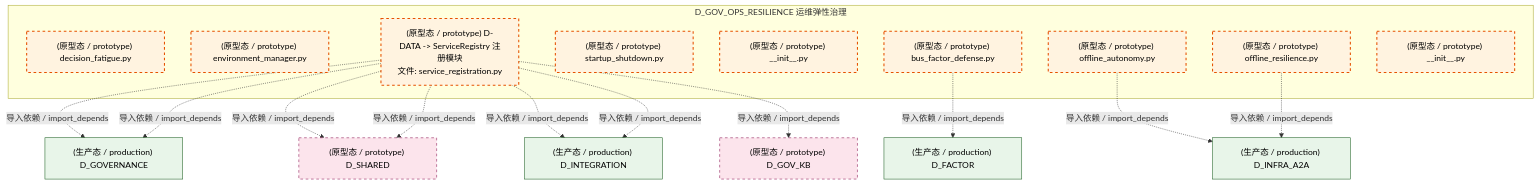
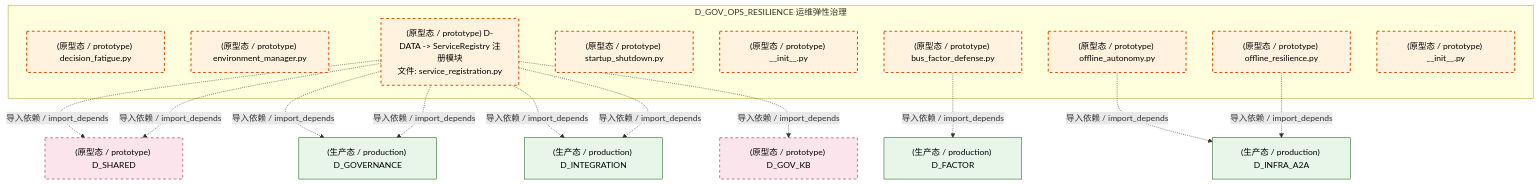
One commit to xuanFelixVan/ZephyrAlpha changed the fifth of 6 diagrams in docs/02_enterprise_architecture/02_domain_architecture_docs/17_d_gov_ops_resilience.md. Above: the diagram before and after it, drawn with Mermaid. The commit also changed other lines of this file and 101 other files, not shown here.

````diff
--- a/docs/02_enterprise_architecture/02_domain_architecture_docs/17_d_gov_ops_resilience.md
+++ b/docs/02_enterprise_architecture/02_domain_architecture_docs/17_d_gov_ops_resilience.md
@@ -572,37 +571,37 @@
 ```mermaid
 graph TD
     subgraph D_GOV_OPS_RESILIENCE["D_GOV_OPS_RESILIENCE 运维弹性治理"]
         src_zephyr_governance_ops_governance_decision_fatigue_py["(原型态 / prototype) decision_fatigue.py"]
         src_zephyr_governance_ops_governance_environment_manager_py["(原型态 / prototype) environment_manager.py"]
         src_zephyr_governance_ops_governance_service_registration_py["(原型态 / prototype) D-DATA -> ServiceRegistry 注册模块<br/>文件: service_registration.py"]
         src_zephyr_governance_ops_governance_startup_shutdown_py["(原型态 / prototype) startup_shutdown.py"]
         src_zephyr_governance_resilience_governance_init_py["(原型态 / prototype) __init__.py"]
         src_zephyr_governance_resilience_governance_bus_factor_defense_py["(原型态 / prototype) bus_factor_defense.py"]
         src_zephyr_governance_resilience_governance_offline_autonomy_py["(原型态 / prototype) offline_autonomy.py"]
         src_zephyr_governance_resilience_governance_offline_resilience_py["(原型态 / prototype) offline_resilience.py"]
         src_zephyr_governance_security_governance_init_py["(原型态 / prototype) __init__.py"]
     end
-    D_GOVERNANCE["(生产态 / production) D_GOVERNANCE"]
-    src_zephyr_governance_ops_governance_service_registration_py -.->|导入依赖 / import_depends| D_GOVERNANCE
     D_INFRA_A2A["(生产态 / production) D_INFRA_A2A"]
     src_zephyr_governance_resilience_governance_offline_autonomy_py -.->|导入依赖 / import_depends| D_INFRA_A2A
     D_SHARED["(原型态 / prototype) D_SHARED"]
     src_zephyr_governance_ops_governance_service_registration_py -.->|导入依赖 / import_depends| D_SHARED
+    D_GOVERNANCE["(生产态 / production) D_GOVERNANCE"]
+    src_zephyr_governance_ops_governance_service_registration_py -.->|导入依赖 / import_depends| D_GOVERNANCE
     src_zephyr_governance_ops_governance_service_registration_py -.->|导入依赖 / import_depends| D_GOVERNANCE
     src_zephyr_governance_resilience_governance_offline_resilience_py -.->|导入依赖 / import_depends| D_INFRA_A2A
     src_zephyr_governance_ops_governance_service_registration_py -.->|导入依赖 / import_depends| D_SHARED
     D_FACTOR["(生产态 / production) D_FACTOR"]
     src_zephyr_governance_resilience_governance_bus_factor_defense_py -.->|导入依赖 / import_depends| D_FACTOR
     D_INTEGRATION["(生产态 / production) D_INTEGRATION"]
     src_zephyr_governance_ops_governance_service_registration_py -.->|导入依赖 / import_depends| D_INTEGRATION
     src_zephyr_governance_ops_governance_service_registration_py -.->|导入依赖 / import_depends| D_INTEGRATION
     D_GOV_KB["(原型态 / prototype) D_GOV_KB"]
     src_zephyr_governance_ops_governance_service_registration_py -.->|导入依赖 / import_depends| D_GOV_KB
     classDef production fill:#e1f5fe,stroke:#01579b,stroke-width:2px,color:#000
     classDef design fill:#fff3e0,stroke:#e65100,stroke-width:2px,color:#000,stroke-dasharray: 5 5
     classDef external_prod fill:#e8f5e9,stroke:#1b5e20,stroke-width:1px,color:#000
     classDef external_design fill:#fce4ec,stroke:#880e4f,stroke-width:1px,color:#000,stroke-dasharray: 5 5
     class src_zephyr_governance_ops_governance_decision_fatigue_py,src_zephyr_governance_ops_governance_environment_manager_py,src_zephyr_governance_ops_governance_service_registration_py,src_zephyr_governance_ops_governance_startup_shutdown_py,src_zephyr_governance_resilience_governance_init_py,src_zephyr_governance_resilience_governance_bus_factor_defense_py,src_zephyr_governance_resilience_governance_offline_autonomy_py,src_zephyr_governance_resilience_governance_offline_resilience_py,src_zephyr_governance_security_governance_init_py design
-    class D_GOVERNANCE,D_INFRA_A2A,D_FACTOR,D_INTEGRATION external_prod
+    class D_INFRA_A2A,D_GOVERNANCE,D_FACTOR,D_INTEGRATION external_prod
     class D_SHARED,D_GOV_KB external_design
 ```
````
